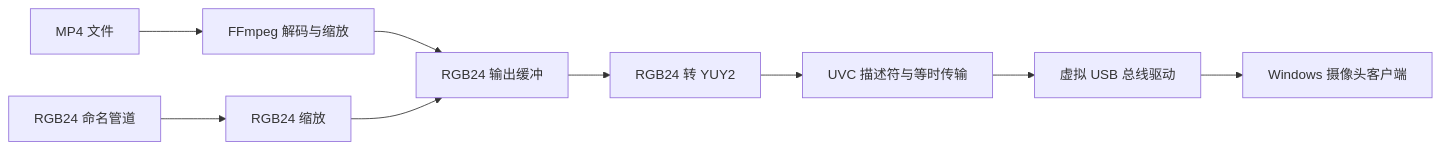
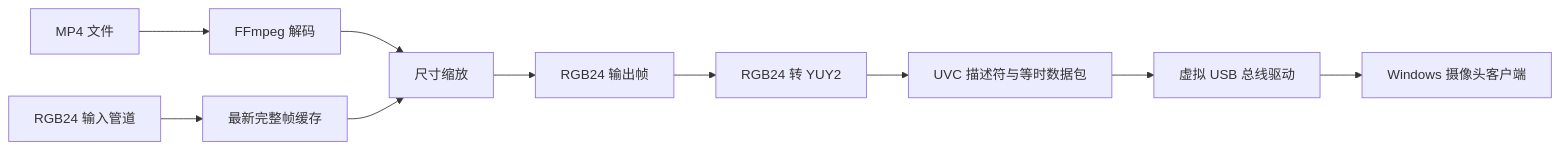
One commit to Young-Six-6/Virtual-Device-Camera changed the diagram in docs/architecture.md. Above: the diagram before and after it, drawn with Mermaid. The commit also changed other lines of this file and 52 other files, not shown here.

````diff
--- a/docs/architecture.md
+++ b/docs/architecture.md
@@ -22,11 +22,12 @@
 ```mermaid
 flowchart LR
-    MP4[MP4 文件] --> FFMPEG[FFmpeg 解码与缩放]
-    PIPE[RGB24 命名管道] --> SWSP[RGB24 缩放]
-    FFMPEG --> RGB[RGB24 输出缓冲]
-    SWSP --> RGB
+    MP4[MP4 文件] --> FF[FFmpeg 解码]
+    PIPE[RGB24 输入管道] --> CACHE[最新完整帧缓存]
+    FF --> SCALE[尺寸缩放]
+    CACHE --> SCALE
+    SCALE --> RGB[RGB24 输出帧]
     RGB --> YUY2[RGB24 转 YUY2]
-    YUY2 --> UVC[UVC 描述符与等时传输]
+    YUY2 --> UVC[UVC 描述符与等时数据包]
     UVC --> BUS[虚拟 USB 总线驱动]
     BUS --> HOST[Windows 摄像头客户端]
 ```
````
